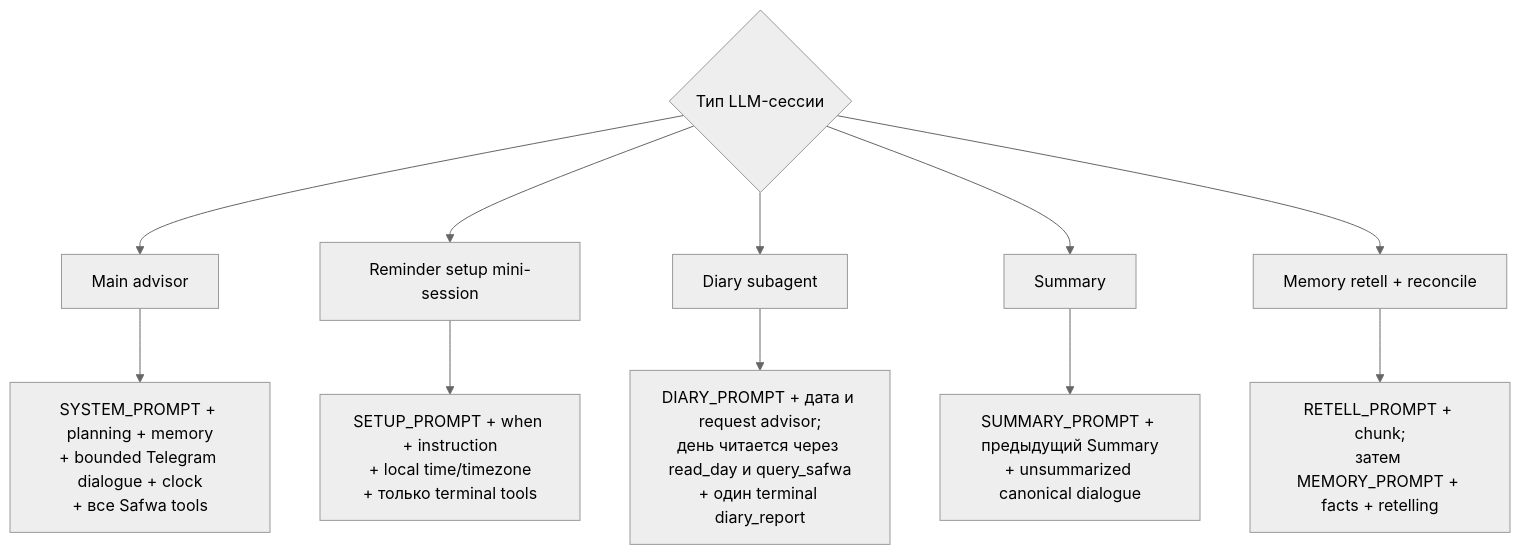
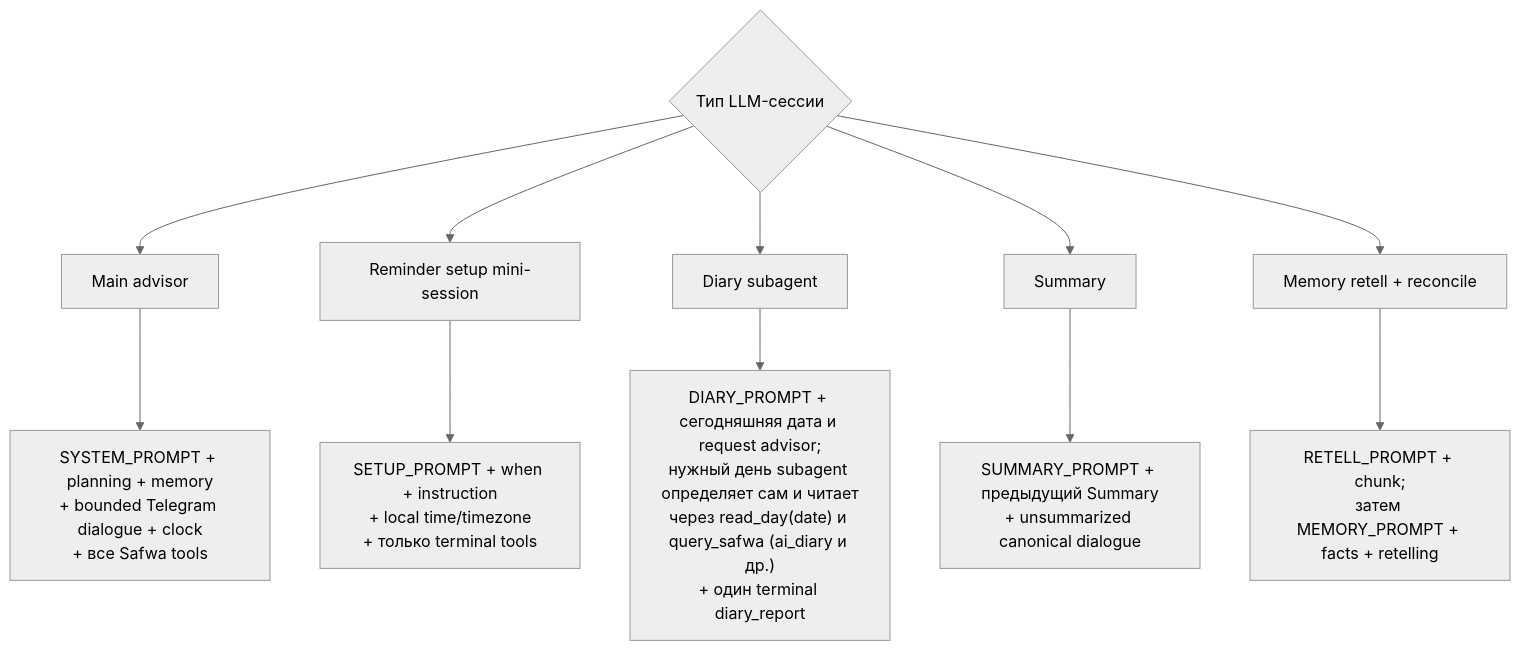
The second of 2 diagrams in docs/diagrams/03-session-contexts.md (myvaheed/tg-ai-safwa), drawn with Mermaid (neutral theme) before and after one commit. The commit also changed 23 other files, not shown here.

````diff
--- a/docs/diagrams/03-session-contexts.md
+++ b/docs/diagrams/03-session-contexts.md
@@ -31,15 +31,15 @@
 ```mermaid
 flowchart TD
     E{"Тип LLM-сессии"}
     E --> MAIN["Main advisor"]
     E --> SETUP["Reminder setup mini-session"]
     E --> SUB["Diary subagent"]
     E --> SUM["Summary"]
     E --> RETELL["Memory retell + reconcile"]
 
     MAIN --> MC["SYSTEM_PROMPT + planning + memory<br/>+ bounded Telegram dialogue + clock<br/>+ все Safwa tools"]
     SETUP --> SC["SETUP_PROMPT + when + instruction<br/>+ local time/timezone<br/>+ только terminal tools"]
-    SUB --> SBC["DIARY_PROMPT + дата и request advisor;<br/>день читается через read_day и query_safwa<br/>+ один terminal diary_report"]
+    SUB --> SBC["DIARY_PROMPT + сегодняшняя дата и request advisor;<br/>нужный день subagent определяет сам и читает<br/>через read_day(date) и query_safwa (ai_diary и др.)<br/>+ один terminal diary_report"]
     SUM --> SUC["SUMMARY_PROMPT + предыдущий Summary<br/>+ unsummarized canonical dialogue"]
     RETELL --> MEC["RETELL_PROMPT + chunk;<br/>затем MEMORY_PROMPT + facts + retelling"]
 ```
````
